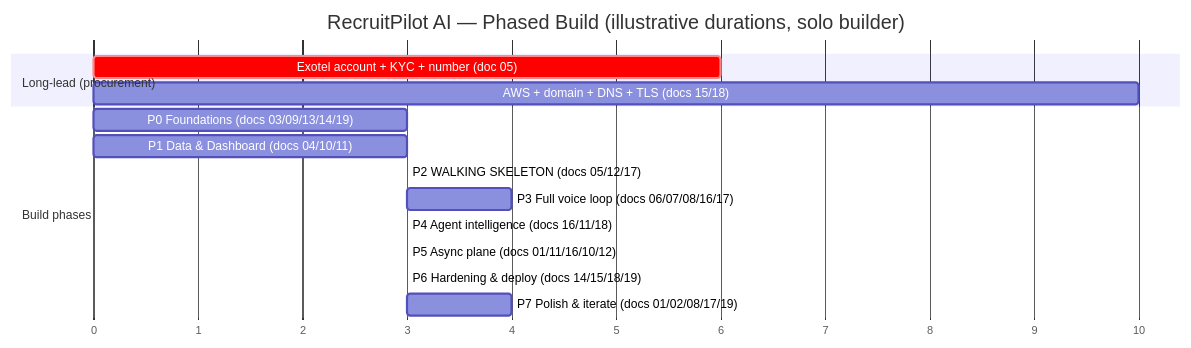
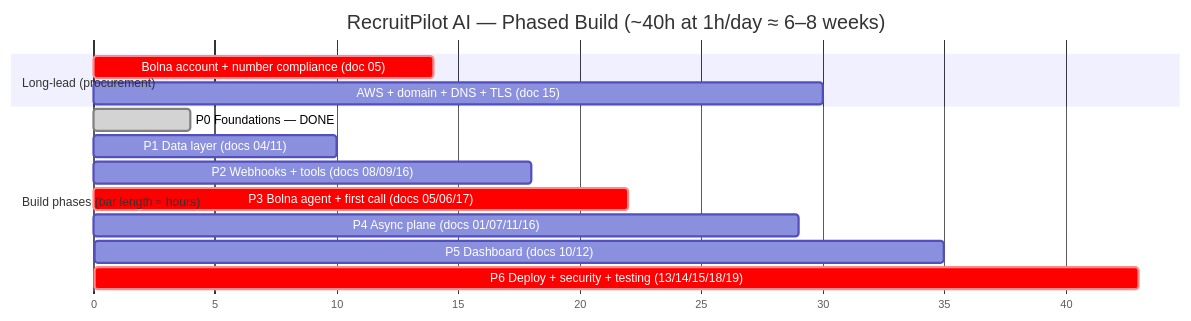
The second of 2 diagrams in docs/20_ROADMAP.md (gandhi120/RecruitPilot_AI), drawn with Mermaid before and after one commit. The commit also changed other lines of this file and 34 other files, not shown here.

First line of the commit message:
docs: pivot voice stack to Bolna; archive DIY vendor docs as phase-2 reference

````diff
--- a/docs/20_ROADMAP.md
+++ b/docs/20_ROADMAP.md
@@ -114,20 +124,19 @@
 ```mermaid
 gantt
-    title RecruitPilot AI — Phased Build (illustrative durations, solo builder)
+    title RecruitPilot AI — Phased Build (~40h at 1h/day ≈ 6–8 weeks)
     dateFormat  X
     axisFormat  %s
 
     section Long-lead (procurement)
-    Exotel account + KYC + number (doc 05)      :crit, kyc, 0, 6
-    AWS + domain + DNS + TLS (docs 15/18)       :aws, 0, 10
+    Bolna account + number compliance (doc 05)  :crit, num, 4, 14
+    AWS + domain + DNS + TLS (doc 15)           :aws, 18, 30
 
-    section Build phases
-    P0 Foundations (docs 03/09/13/14/19)        :p0, 0, 3
-    P1 Data & Dashboard (docs 04/10/11)         :p1, 2, 3
-    P2 WALKING SKELETON (docs 05/12/17)         :crit, p2, after p1 kyc, 3
-    P3 Full voice loop (docs 06/07/08/16/17)    :p3, after p2, 4
-    P4 Agent intelligence (docs 16/11/18)       :p4, after p3, 3
-    P5 Async plane (docs 01/11/16/10/12)        :p5, after p3, 3
-    P6 Hardening & deploy (docs 14/15/18/19)    :crit, p6, after p4 p5 aws, 3
-    P7 Polish & iterate (docs 01/02/08/17/19)   :p7, after p6, 4
+    section Build phases (bar length ≈ hours)
+    P0 Foundations — DONE                        :done, p0, 0, 4
+    P1 Data layer (docs 04/11)                   :p1, 4, 10
+    P2 Webhooks + tools (docs 08/09/16)          :p2, 10, 18
+    P3 Bolna agent + first call (docs 05/06/17)  :crit, p3, 18, 22
+    P4 Async plane (docs 01/07/11/16)            :p4, 22, 29
+    P5 Dashboard (docs 10/12)                    :p5, 29, 35
+    P6 Deploy + security + testing (13/14/15/18/19) :crit, p6, 35, 43
 ```
````
